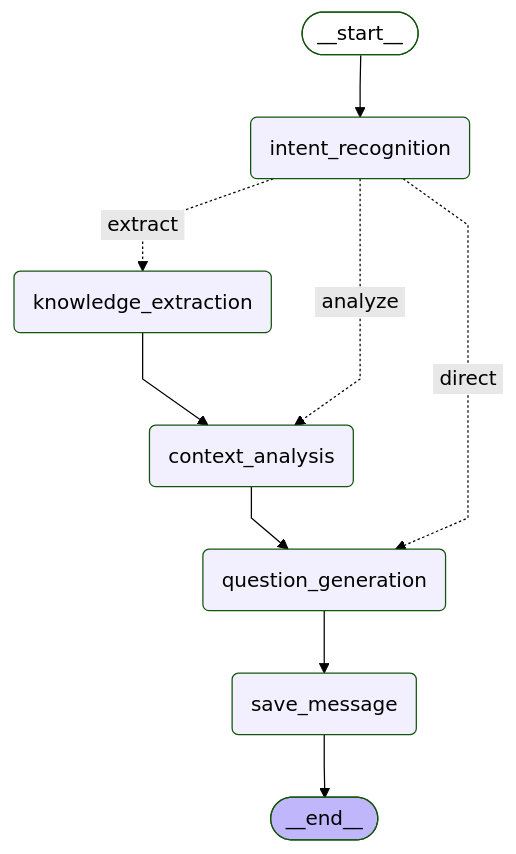
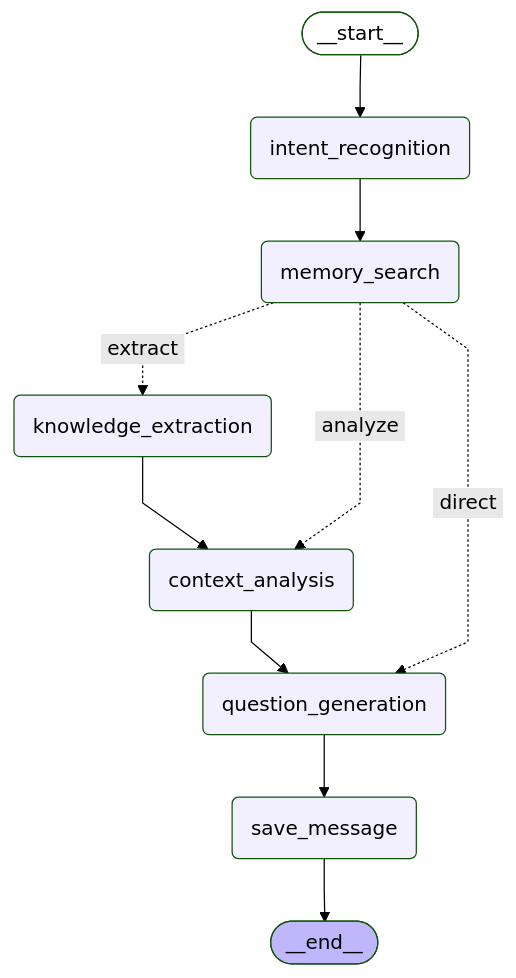
The diagram in graph_visualizations/training_graph.mmd (soontechgroup/ai-agents), drawn with Mermaid (forest theme) before and after one commit. The commit also changed 16 other files, not shown here.

First line of the commit message:
feat: 实现知识图谱与向量数据库的强关联机制

```diff
--- a/graph_visualizations/training_graph.mmd
+++ b/graph_visualizations/training_graph.mmd
@@ -1,24 +1,26 @@
 ---
 config:
   flowchart:
     curve: linear
 ---
 graph TD;
 	__start__([<p>__start__</p>]):::first
 	intent_recognition(intent_recognition)
+	memory_search(memory_search)
 	knowledge_extraction(knowledge_extraction)
 	context_analysis(context_analysis)
 	question_generation(question_generation)
 	save_message(save_message)
 	__end__([<p>__end__</p>]):::last
 	__start__ --> intent_recognition;
 	context_analysis --> question_generation;
+	intent_recognition --> memory_search;
 	knowledge_extraction --> context_analysis;
 	question_generation --> save_message;
 	save_message --> __end__;
-	intent_recognition -. &nbsp;extract&nbsp; .-> knowledge_extraction;
-	intent_recognition -. &nbsp;analyze&nbsp; .-> context_analysis;
-	intent_recognition -. &nbsp;direct&nbsp; .-> question_generation;
+	memory_search -. &nbsp;extract&nbsp; .-> knowledge_extraction;
+	memory_search -. &nbsp;analyze&nbsp; .-> context_analysis;
+	memory_search -. &nbsp;direct&nbsp; .-> question_generation;
 	classDef default fill:#f2f0ff,line-height:1.2
 	classDef first fill-opacity:0
 	classDef last fill:#bfb6fc
```
